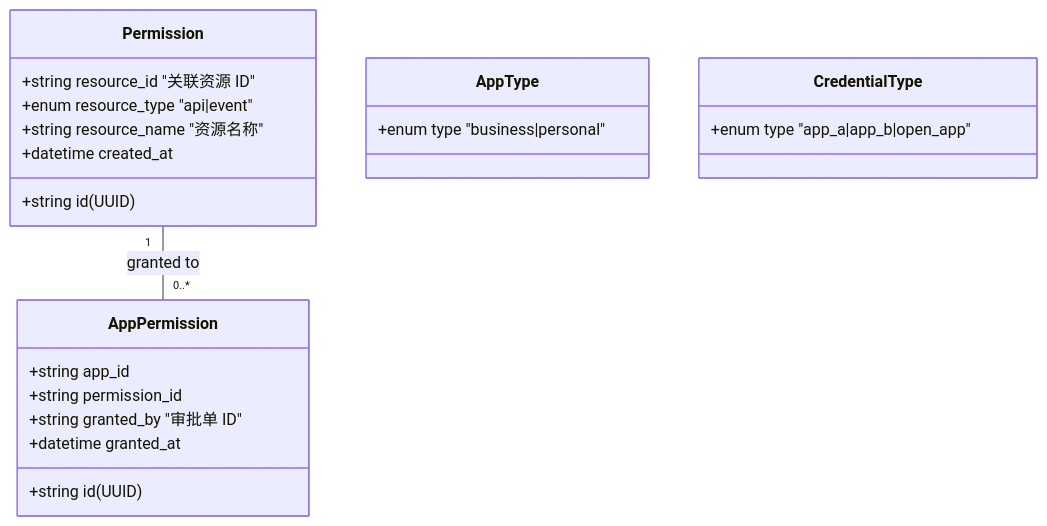
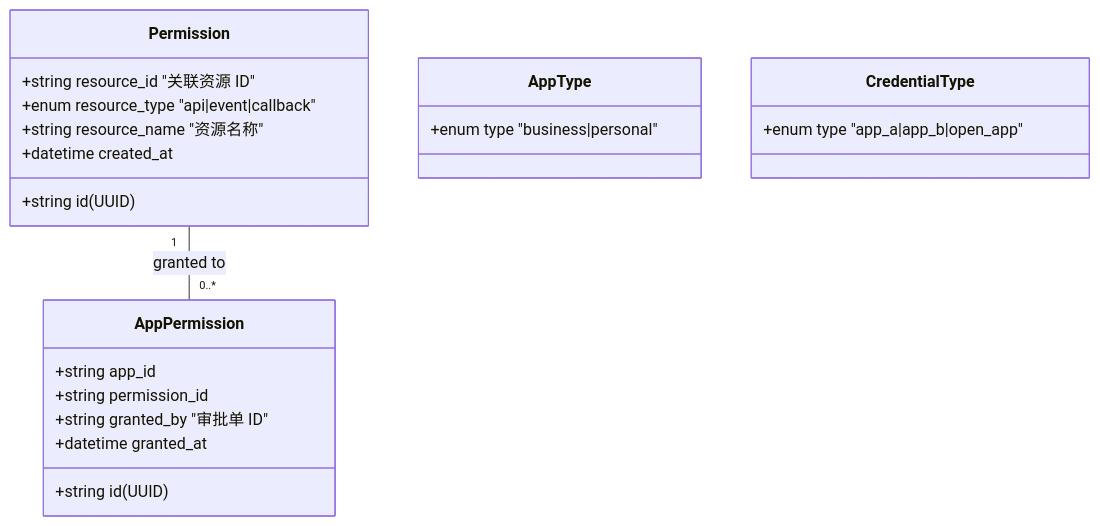
One commit to THZSummer/open-app changed the third of 7 diagrams in .sddu/specs-tree-root/specs-tree-capability-open-platform/spec.md. Above: the diagram before and after it, drawn with Mermaid. The commit also changed other lines of this file, not shown here.

First line of the commit message:
docs(spec): sync Chapter 4-8 with Callback MVP changes

````diff
--- a/.sddu/specs-tree-root/specs-tree-capability-open-platform/spec.md
+++ b/.sddu/specs-tree-root/specs-tree-capability-open-platform/spec.md
@@ -334,28 +334,28 @@
 ```mermaid
 classDiagram
     class Permission {
         +string id (UUID)
         +string resource_id "关联资源 ID"
-        +enum resource_type "api|event"
+        +enum resource_type "api|event|callback"
         +string resource_name "资源名称"
         +datetime created_at
     }
     
     class AppType {
         +enum type "business|personal"
     }
     
     class CredentialType {
         +enum type "app_a|app_b|open_app"
     }
     
     class AppPermission {
         +string id (UUID)
         +string app_id
         +string permission_id
         +string granted_by "审批单 ID"
         +datetime granted_at
     }
     
     Permission "1" -- "0..*" AppPermission : granted to
 ```
````
